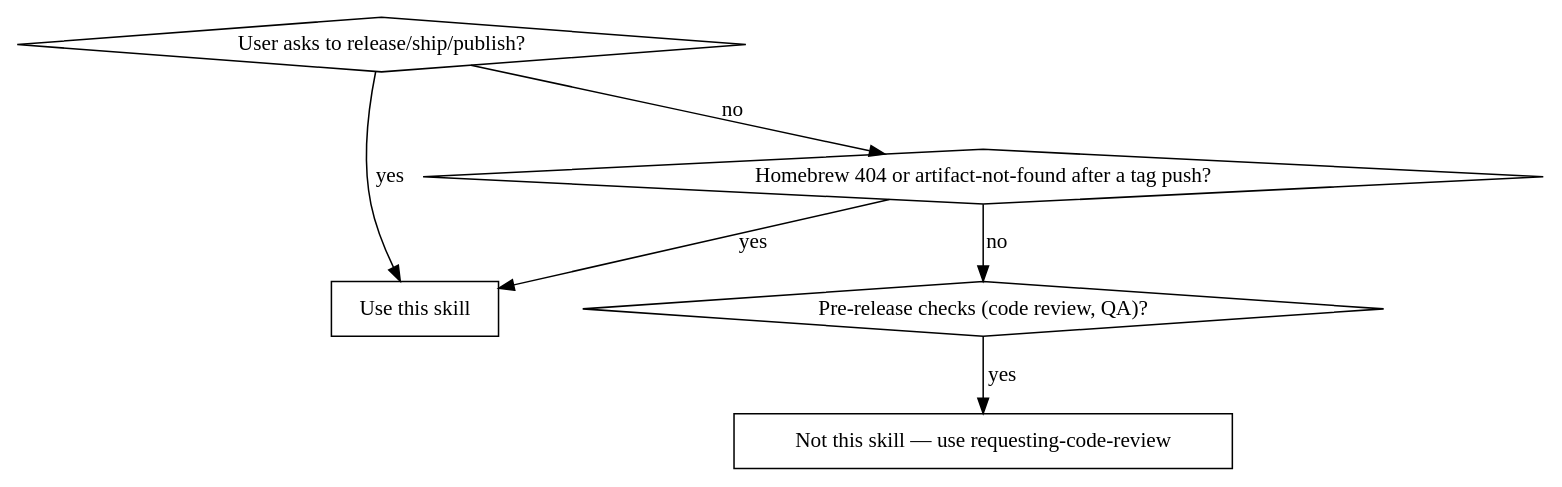
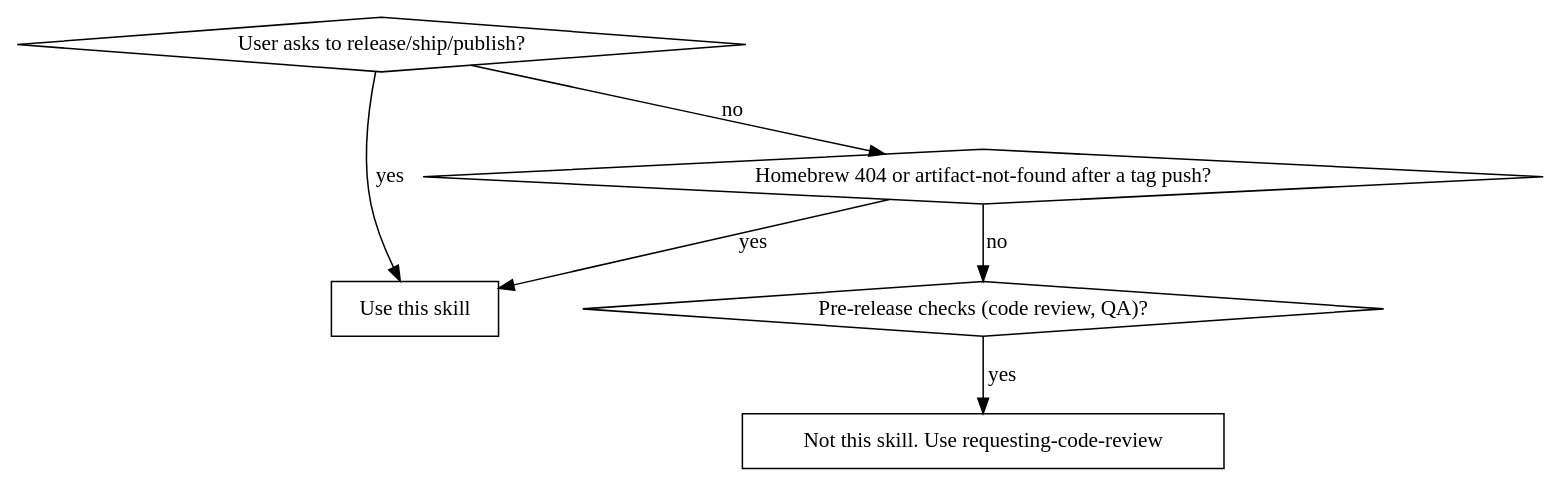
Before and after one commit to luochang212/skill-zoo: the diagram in skills/app-release/SKILL.md, drawn with Graphviz. The commit also changed other lines of this file and 128 other files, not shown here.

````diff
--- a/skills/app-release/SKILL.md
+++ b/skills/app-release/SKILL.md
@@ -16,16 +16,16 @@
 ```dot
 digraph when_release {
     "User asks to release/ship/publish?" [shape=diamond];
     "Use this skill" [shape=box];
     "Homebrew 404 or artifact-not-found after a tag push?" [shape=diamond];
     "Use this skill" [shape=box];
     "Pre-release checks (code review, QA)?" [shape=diamond];
-    "Not this skill — use requesting-code-review" [shape=box];
+    "Not this skill. Use requesting-code-review" [shape=box];
 
     "User asks to release/ship/publish?" -> "Use this skill" [label="yes"];
     "User asks to release/ship/publish?" -> "Homebrew 404 or artifact-not-found after a tag push?" [label="no"];
     "Homebrew 404 or artifact-not-found after a tag push?" -> "Use this skill" [label="yes"];
     "Homebrew 404 or artifact-not-found after a tag push?" -> "Pre-release checks (code review, QA)?" [label="no"];
-    "Pre-release checks (code review, QA)?" -> "Not this skill — use requesting-code-review" [label="yes"];
+    "Pre-release checks (code review, QA)?" -> "Not this skill. Use requesting-code-review" [label="yes"];
 }
 ```
````
